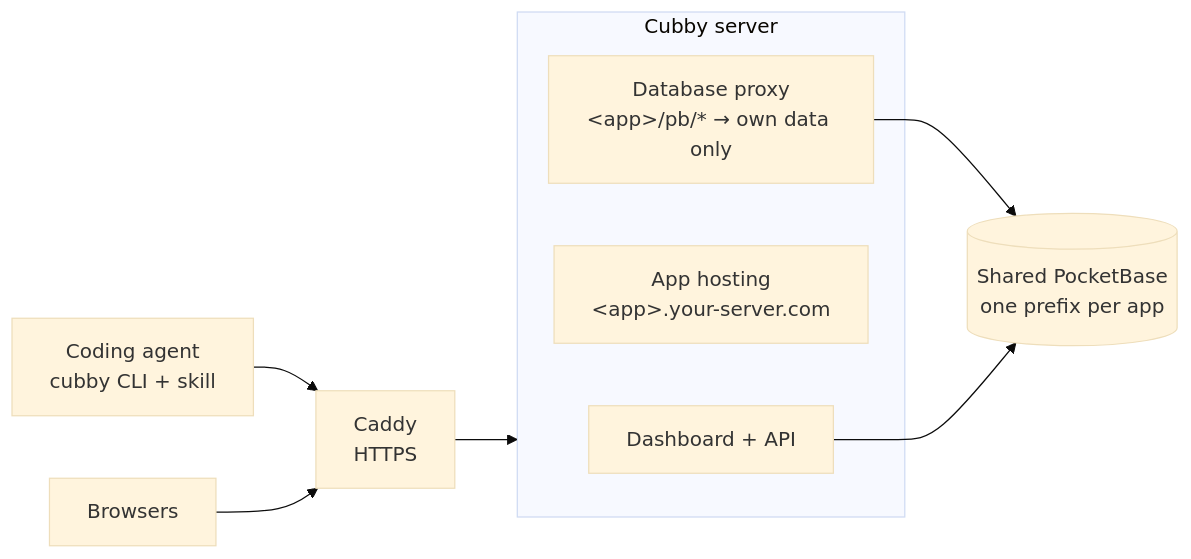
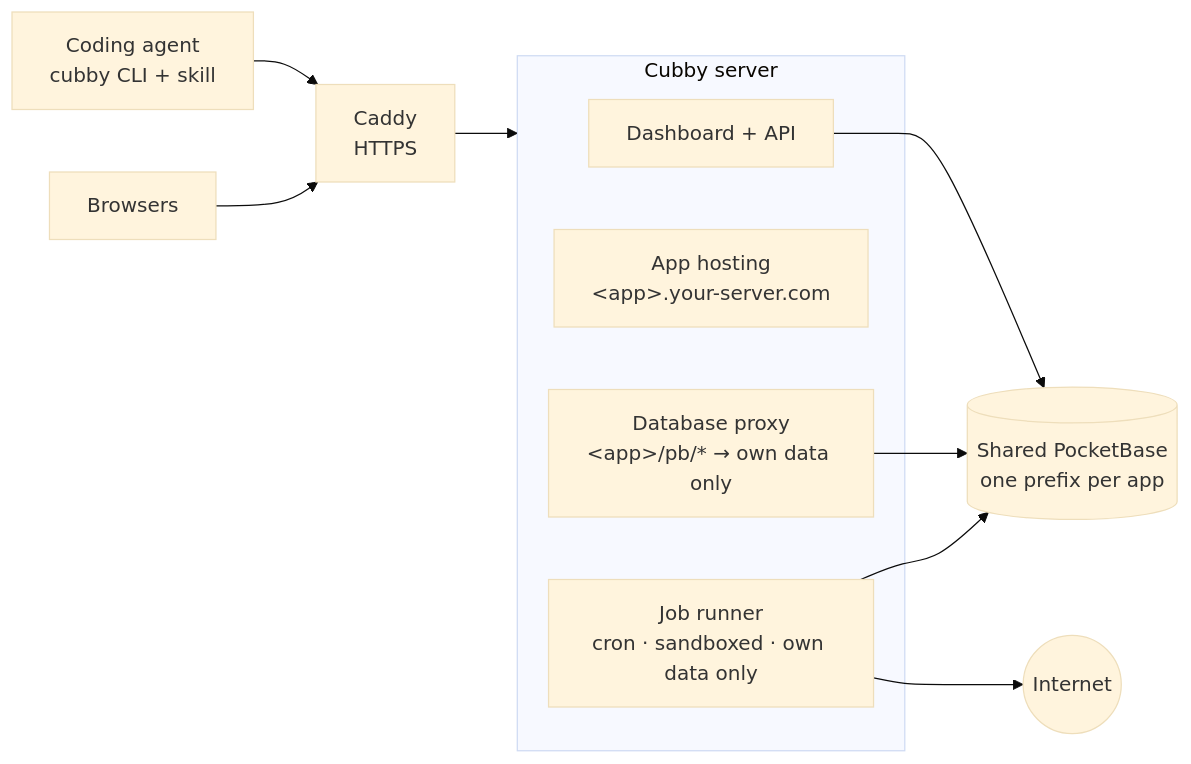
One commit to chaitanyadukkipaty/cubby changed the third of 3 diagrams in README.md. Above: the diagram before and after it, drawn with Mermaid (base theme). The commit also changed other lines of this file and 47 other files, not shown here.

````diff
--- a/README.md
+++ b/README.md
@@ -218,13 +228,16 @@
 ```mermaid
 flowchart LR
     A[Coding agent<br/>cubby CLI + skill] --> C[Caddy<br/>HTTPS]
     B[Browsers] --> C
     C --> S
     subgraph S[Cubby server]
       D[Dashboard + API]
       H["App hosting<br/>&lt;app&gt;.your-server.com"]
       P["Database proxy<br/>&lt;app&gt;/pb/* → own data only"]
+      J["Job runner<br/>cron · sandboxed · own data only"]
     end
     P --> DB[(Shared PocketBase<br/>one prefix per app)]
+    J --> DB
+    J --> I((Internet))
     D --> DB
 ```
````
